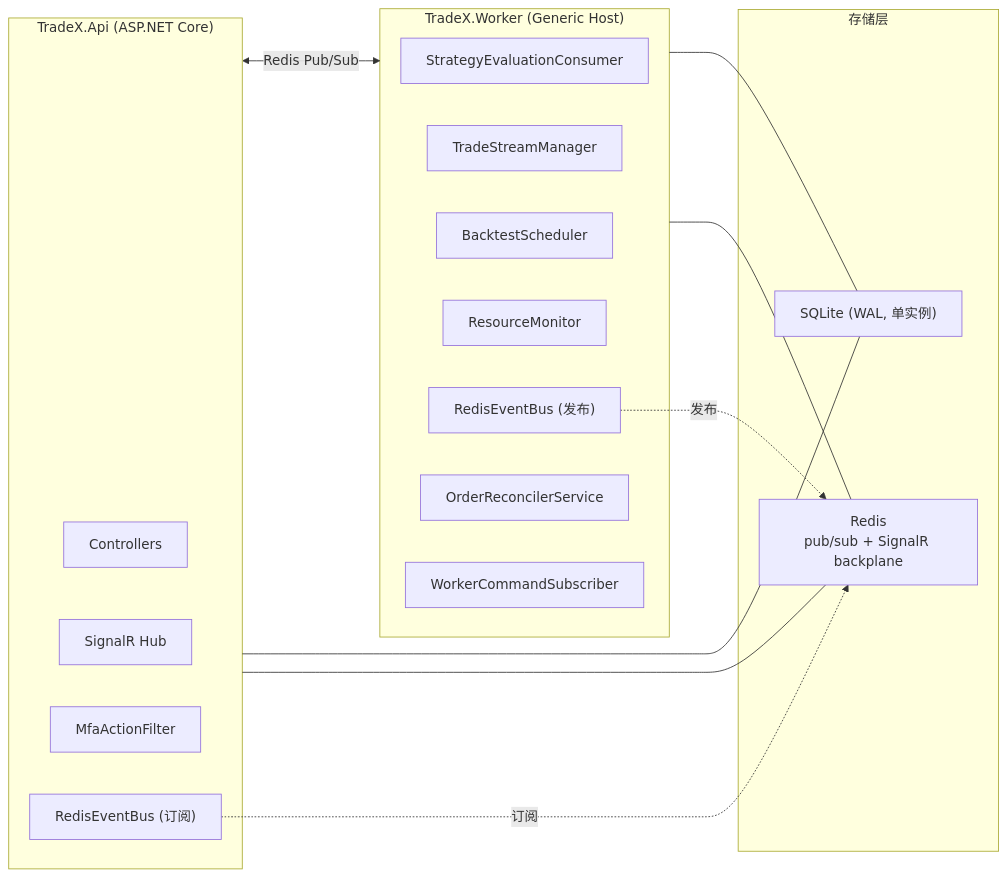
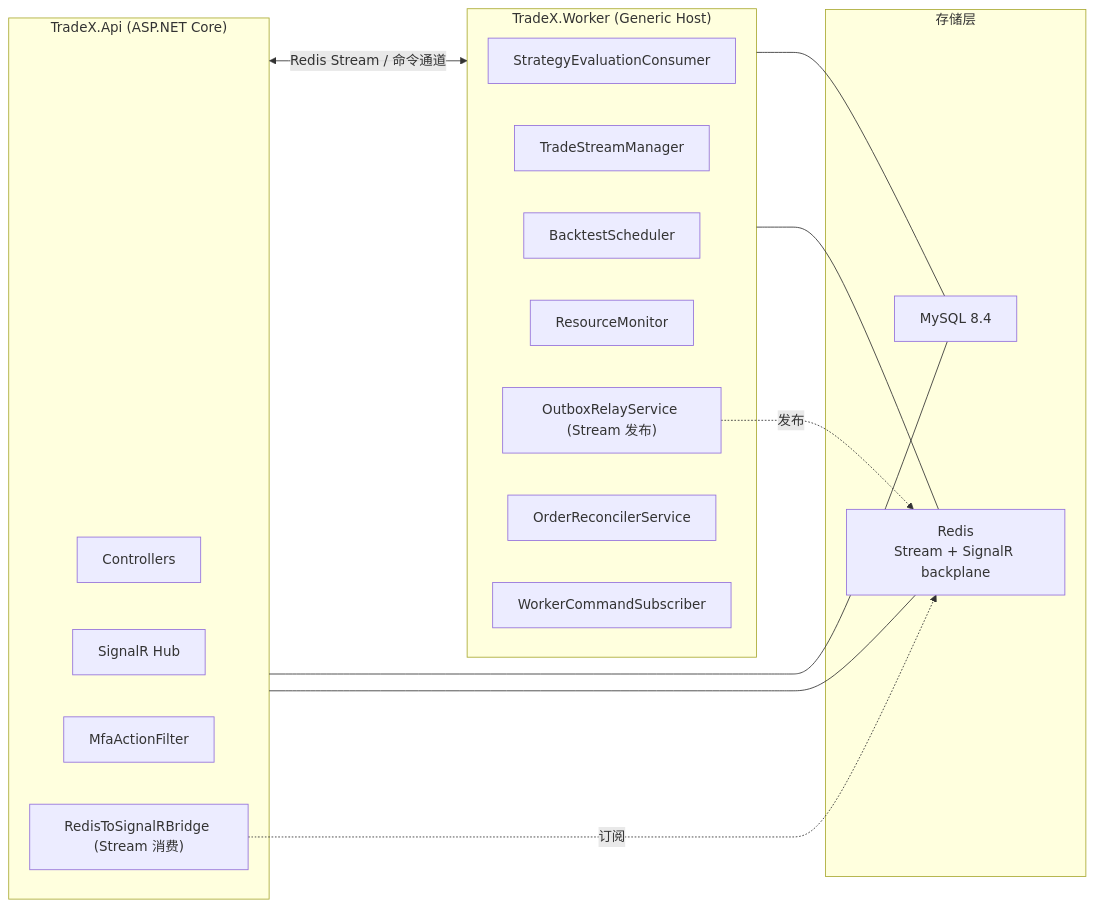
Before and after one commit to bambuo/TradeX: the second of 2 diagrams in docs/策略引擎进程分离设计.md, drawn with Mermaid. The commit also changed other lines of this file and 59 other files, not shown here.

````diff
--- a/docs/策略引擎进程分离设计.md
+++ b/docs/策略引擎进程分离设计.md
@@ -59,32 +59,32 @@
 ```mermaid
 flowchart LR
     subgraph API["TradeX.Api (ASP.NET Core)"]
         CTRL["Controllers"]
         HUB["SignalR Hub"]
         MFA["MfaActionFilter"]
-        SUB["RedisEventBus (订阅)"]
+        SUB["RedisToSignalRBridge (Stream 消费)"]
     end
 
     subgraph Worker["TradeX.Worker (Generic Host)"]
         SEC["StrategyEvaluationConsumer"]
         TSM["TradeStreamManager"]
         BS["BacktestScheduler"]
         RM["ResourceMonitor"]
-        PUB["RedisEventBus (发布)"]
+        PUB["OutboxRelayService (Stream 发布)"]
         ORS["OrderReconcilerService"]
         WCS["WorkerCommandSubscriber"]
     end
 
     subgraph Storage["存储层"]
-        SQL["SQLite (WAL, 单实例)"]
-        RD["Redis<br/>pub/sub + SignalR backplane"]
+        SQL["MySQL 8.4"]
+        RD["Redis<br/>Stream + SignalR backplane"]
     end
 
-    API <-->|"Redis Pub/Sub"| Worker
+    API <-->|"Redis Stream / 命令通道"| Worker
     API --- SQL
     Worker --- SQL
     API --- RD
     Worker --- RD
     SUB -.->|"订阅"| RD
     PUB -.->|"发布"| RD
 ```
````
